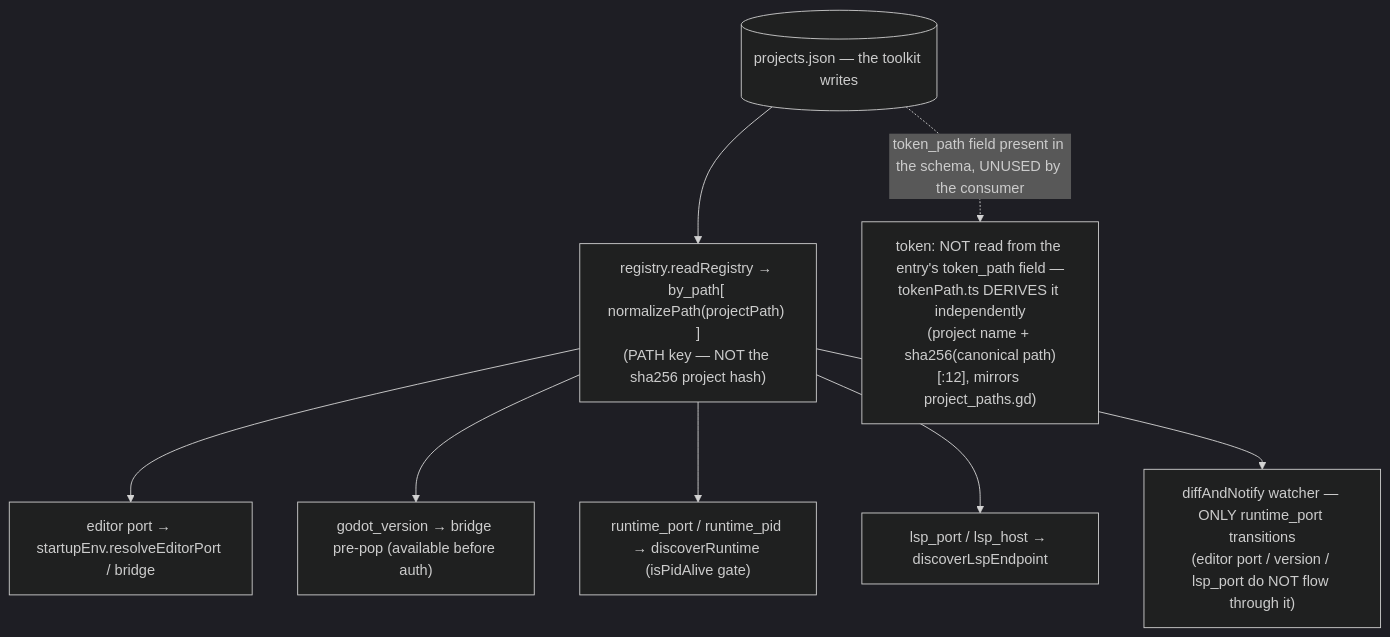
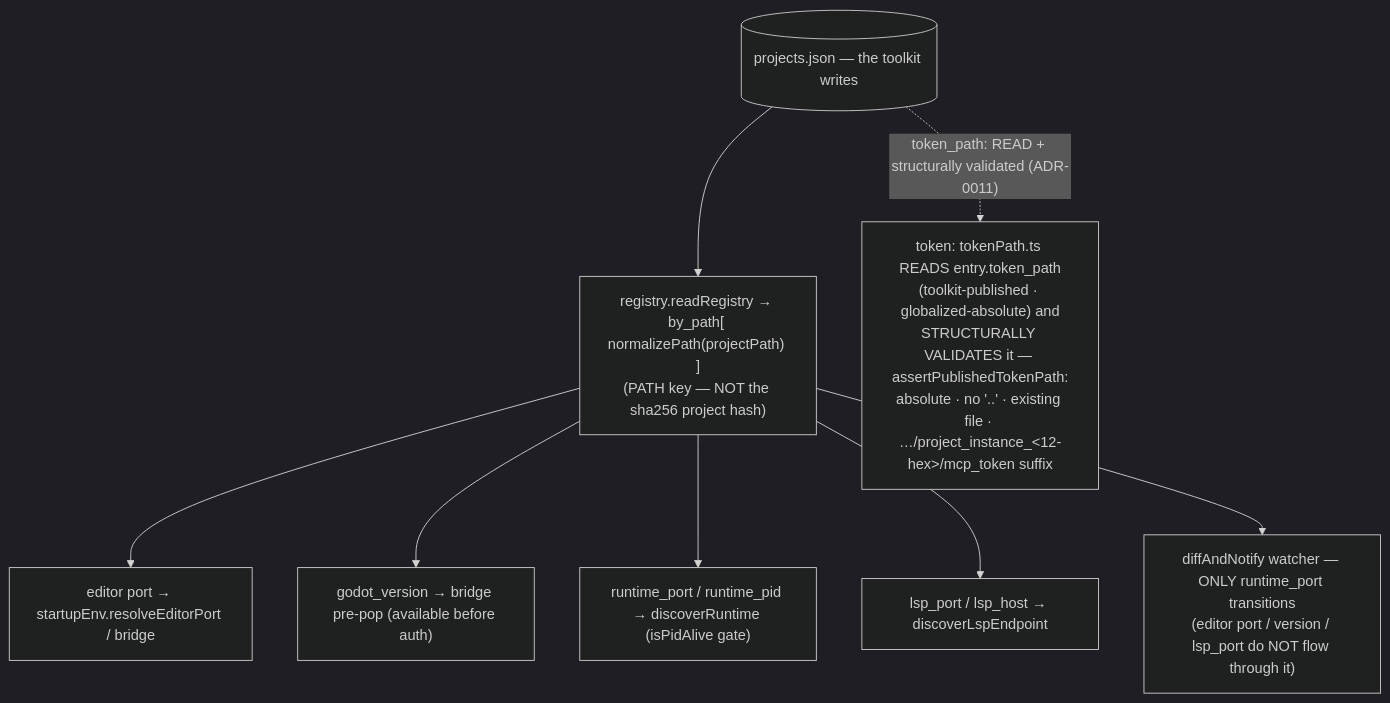
Before and after one commit to NPGameDev/godot-mcp-server: diagram 11 of 13 in docs/architecture/README.md, drawn with Mermaid (dark theme). The commit also changed other lines of this file, not shown here.

First line of the commit message:
docs(architecture): 41n-ter ARC 3 D-ARCHDOC — align arch doc to applied ledger

````diff
--- a/docs/architecture/README.md
+++ b/docs/architecture/README.md
@@ -563,11 +568,11 @@
 ```mermaid
 flowchart TD
     pj[("projects.json — the toolkit writes")] --> read["registry.readRegistry → by_path[ normalizePath(projectPath) ]<br/>(PATH key — NOT the sha256 project hash)"]
     read --> port["editor port → startupEnv.resolveEditorPort / bridge"]
     read --> ver["godot_version → bridge pre-pop (available before auth)"]
     read --> rport["runtime_port / runtime_pid → discoverRuntime (isPidAlive gate)"]
     read --> lsp["lsp_port / lsp_host → discoverLspEndpoint"]
     read --> watch["diffAndNotify watcher — ONLY runtime_port transitions<br/>(editor port / version / lsp_port do NOT flow through it)"]
-    tok["token: NOT read from the entry's token_path field —<br/>tokenPath.ts DERIVES it independently<br/>(project name + sha256(canonical path)[:12], mirrors project_paths.gd)"]
-    pj -. "token_path field present in the schema, UNUSED by the consumer" .-> tok
+    tok["token: tokenPath.ts READS entry.token_path<br/>(toolkit-published · globalized-absolute) and<br/>STRUCTURALLY VALIDATES it — assertPublishedTokenPath:<br/>absolute · no '..' · existing file · …/project_instance_&lt;12-hex&gt;/mcp_token suffix"]
+    pj -. "token_path: READ + structurally validated (ADR-0011)" .-> tok
 ```
````
